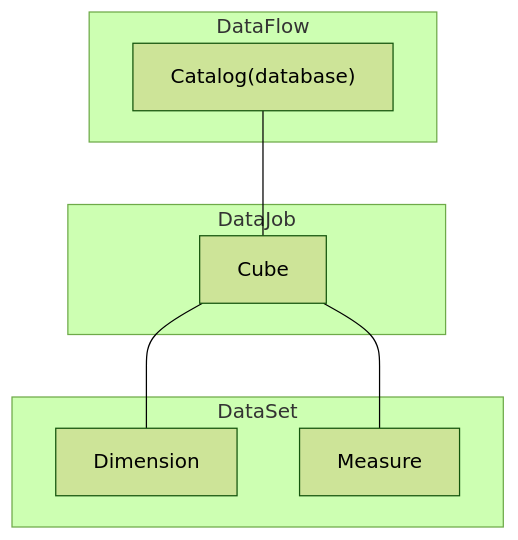
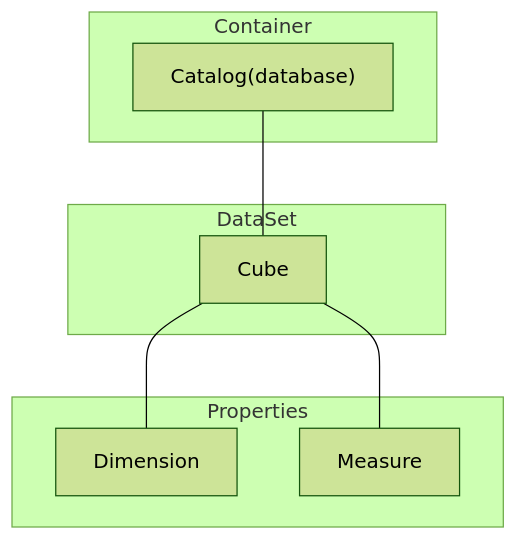
Before and after one commit to datahub-project/rfcs: the second of 2 diagrams in active/000-SSAS-ingestion.md, drawn with Mermaid (forest theme). The commit also changed other lines of this file, not shown here.

Commit message:
better mapping

````diff
--- a/active/000-SSAS-ingestion.md
+++ b/active/000-SSAS-ingestion.md
@@ -56,16 +56,16 @@
 ```mermaid
 graph TB;
     c1---b1;
     b1---a1;
     b1---a2;
-    subgraph s1[DataSet];
+    subgraph s1[Properties];
     a1["Dimension"];
     a2["Measure"];
     end;
-    subgraph s2[DataJob];
+    subgraph s2[DataSet];
     b1["Cube"];
     end;
-    subgraph s3[DataFlow];
+    subgraph s3[Container];
     c1["Catalog(database)"];
     end;
 ```
````
